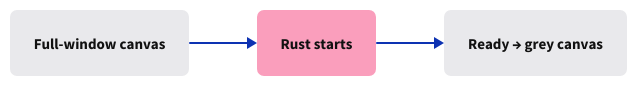
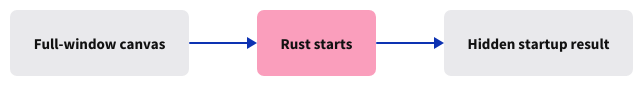
The diagram in session_viewer/docs/diagrams/journey-01.d2 (petrasvestartas/session), drawn with D2 before and after one commit. The commit also changed 139 other files, not shown here.

```diff
--- a/session_viewer/docs/diagrams/journey-01.d2
+++ b/session_viewer/docs/diagrams/journey-01.d2
@@ -1,12 +1,12 @@
 vars: { d2-config: { layout-engine: elk; pad: 20; theme-id: 0 } }
 style: { fill: "#ffffff" }
 classes: {
   box:   { style: { fill: "#e9e9ec"; stroke: "#e9e9ec"; border-radius: 6; font-size: 15; font-color: "#111111" } }
   focus: { style: { fill: "#fa9ebc"; stroke: "#fa9ebc"; border-radius: 6; font-size: 15; font-color: "#111111" } }
 }
 direction: right
 page: "Full-window canvas" {class: box}
 wasm: "Rust starts" {class: focus}
-status: "Ready → grey canvas" {class: box}
+status: "Hidden startup result" {class: box}
 page -> wasm
 wasm -> status
```
